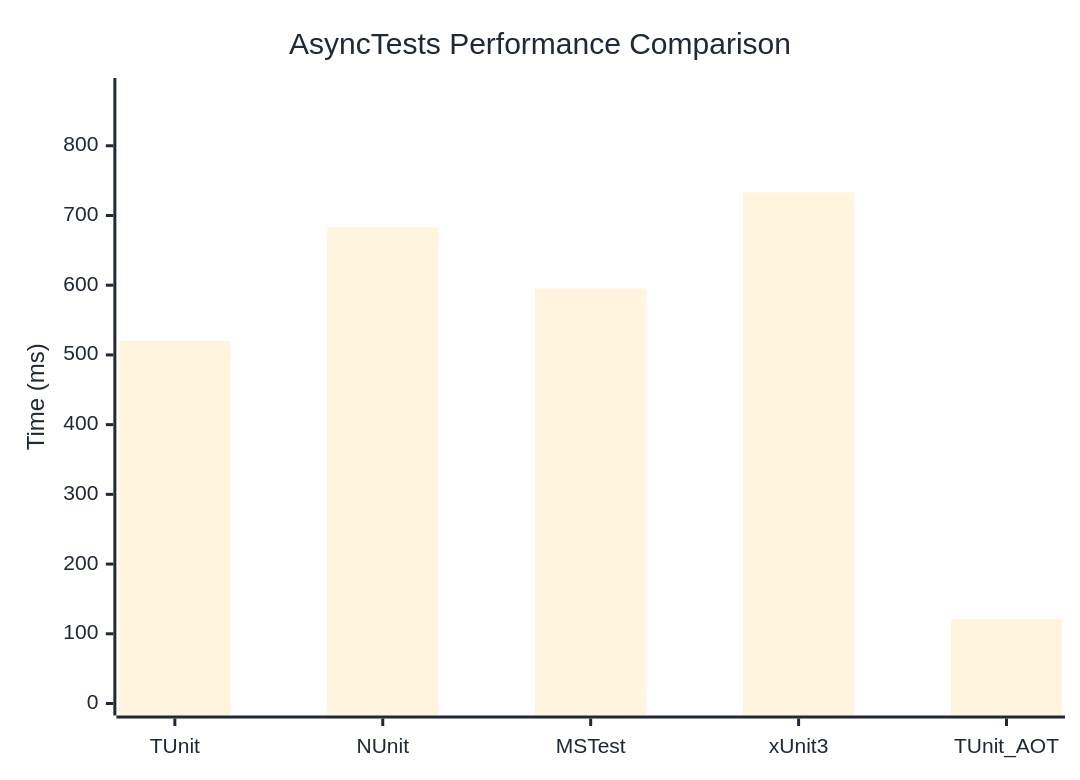
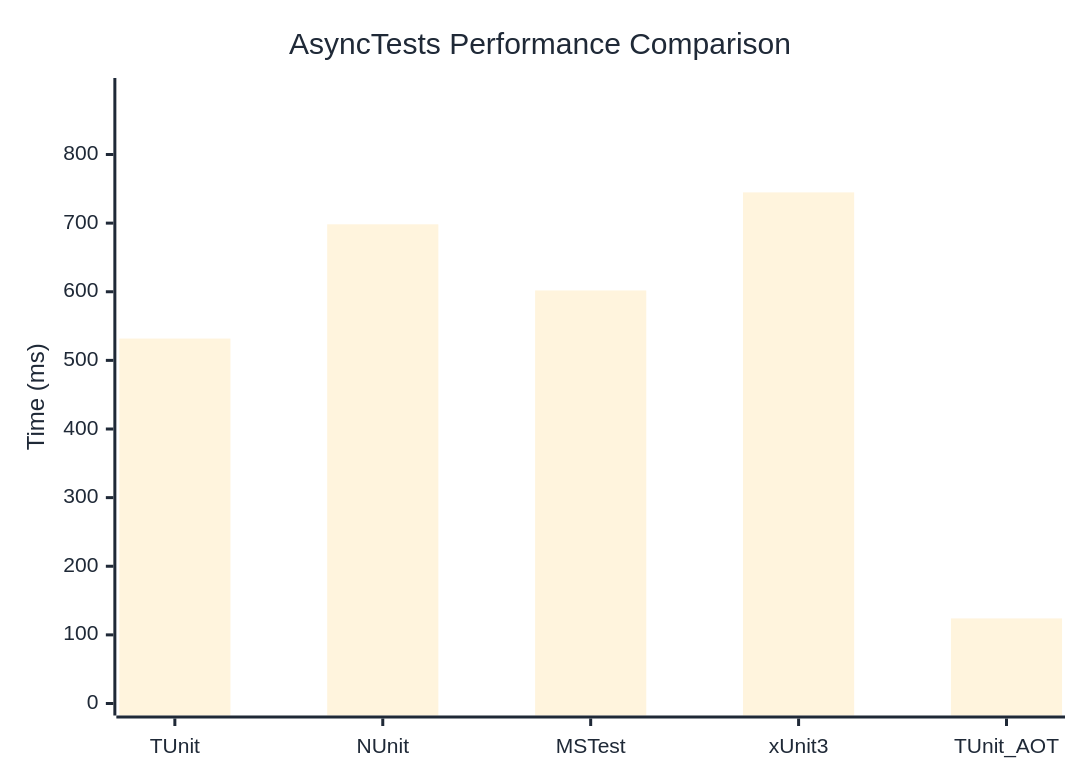
One commit to thomhurst/TUnit changed the diagram in docs/docs/benchmarks/AsyncTests.md. Above: the diagram before and after it, drawn with Mermaid. The commit also changed other lines of this file and 17 other files, not shown here.

````diff
--- a/docs/docs/benchmarks/AsyncTests.md
+++ b/docs/docs/benchmarks/AsyncTests.md
@@ -27,37 +27,37 @@
 ```mermaid
 %%{init: {
   'theme':'base',
   'themeVariables': {
     'primaryColor': '#2563eb',
     'primaryTextColor': '#1f2937',
     'primaryBorderColor': '#1e40af',
     'lineColor': '#6b7280',
     'secondaryColor': '#7c3aed',
     'tertiaryColor': '#dc2626',
     'background': '#ffffff',
     'mainBkg': '#2563eb',
     'secondBkg': '#7c3aed',
     'tertiaryBkg': '#dc2626',
     'clusterBkg': '#f3f4f6',
     'edgeLabelBackground': '#ffffff',
     'tertiaryTextColor': '#1f2937',
     'pie1': '#2563eb',
     'pie2': '#7c3aed',
     'pie3': '#dc2626',
     'pie4': '#f59e0b',
     'pie5': '#10b981',
     'pie6': '#06b6d4',
     'pie7': '#ec4899',
     'pie8': '#6366f1',
     'pie9': '#84cc16',
     'pie10': '#f97316',
     'pie11': '#14b8a6',
     'pie12': '#a855f7'
   }
 }}%%
 xychart-beta
   title "AsyncTests Performance Comparison"
   x-axis ["TUnit", "NUnit", "MSTest", "xUnit3", "TUnit_AOT"]
-  y-axis "Time (ms)" 0 --> 880
-  bar [520.1, 682.9, 595.2, 733.2, 120.6]
+  y-axis "Time (ms)" 0 --> 894
+  bar [531.8, 698.3, 601.9, 744.8, 124]
 ```
````
